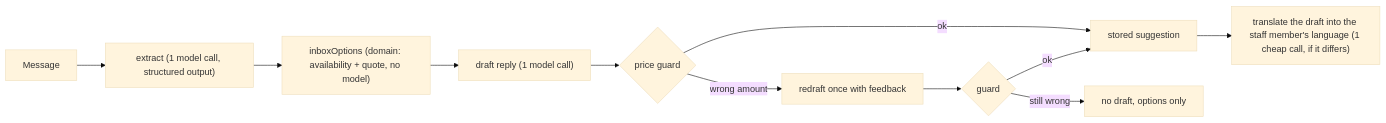
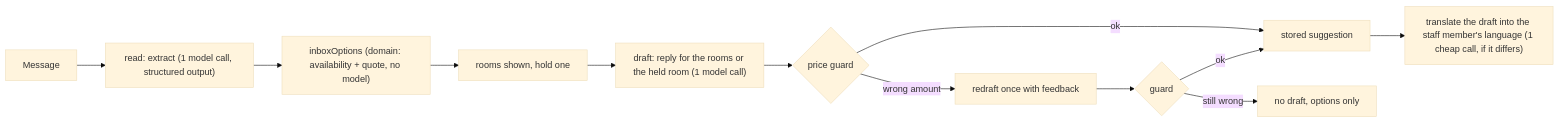
One commit to davidkochprg/orbit-pms changed the second of 2 diagrams in docs/ai.md. Above: the diagram before and after it, drawn with Mermaid (base theme). The commit also changed other lines of this file and 6 other files, not shown here.

````diff
--- a/docs/ai.md
+++ b/docs/ai.md
@@ -100,12 +100,13 @@
 ```mermaid
 flowchart LR
-  M[Message] --> E["extract (1 model call, structured output)"]
+  M[Message] --> E["read: extract (1 model call, structured output)"]
   E --> O["inboxOptions (domain: availability + quote, no model)"]
-  O --> D["draft reply (1 model call)"]
+  O --> R[rooms shown, hold one]
+  R --> D["draft: reply for the rooms or the held room (1 model call)"]
   D --> G{price guard}
   G -- ok --> S[stored suggestion]
   G -- wrong amount --> D2["redraft once with feedback"] --> G2{guard}
   G2 -- ok --> S
   G2 -- still wrong --> N["no draft, options only"]
   S --> T["translate the draft into the staff member's language (1 cheap call, if it differs)"]
 ```
````
